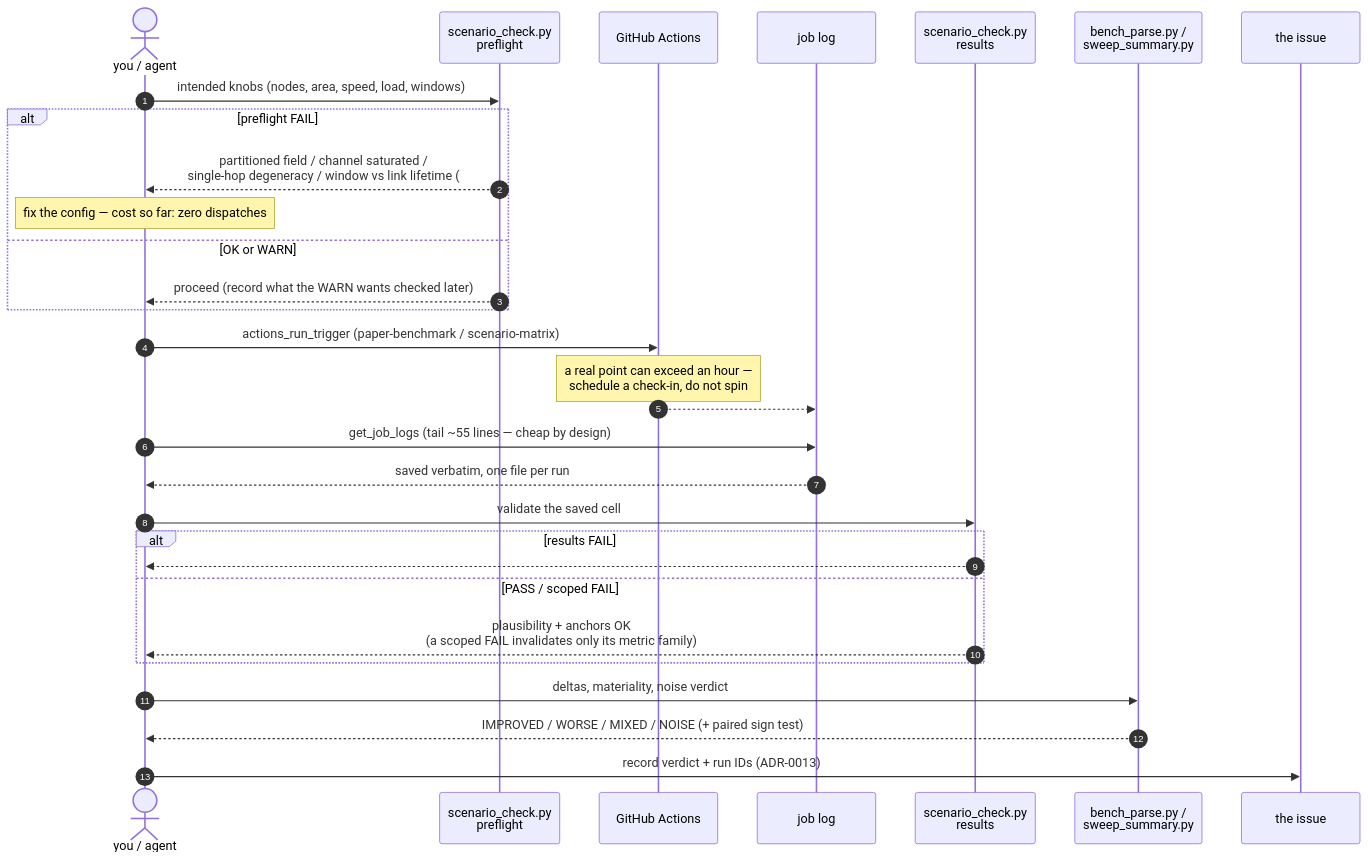
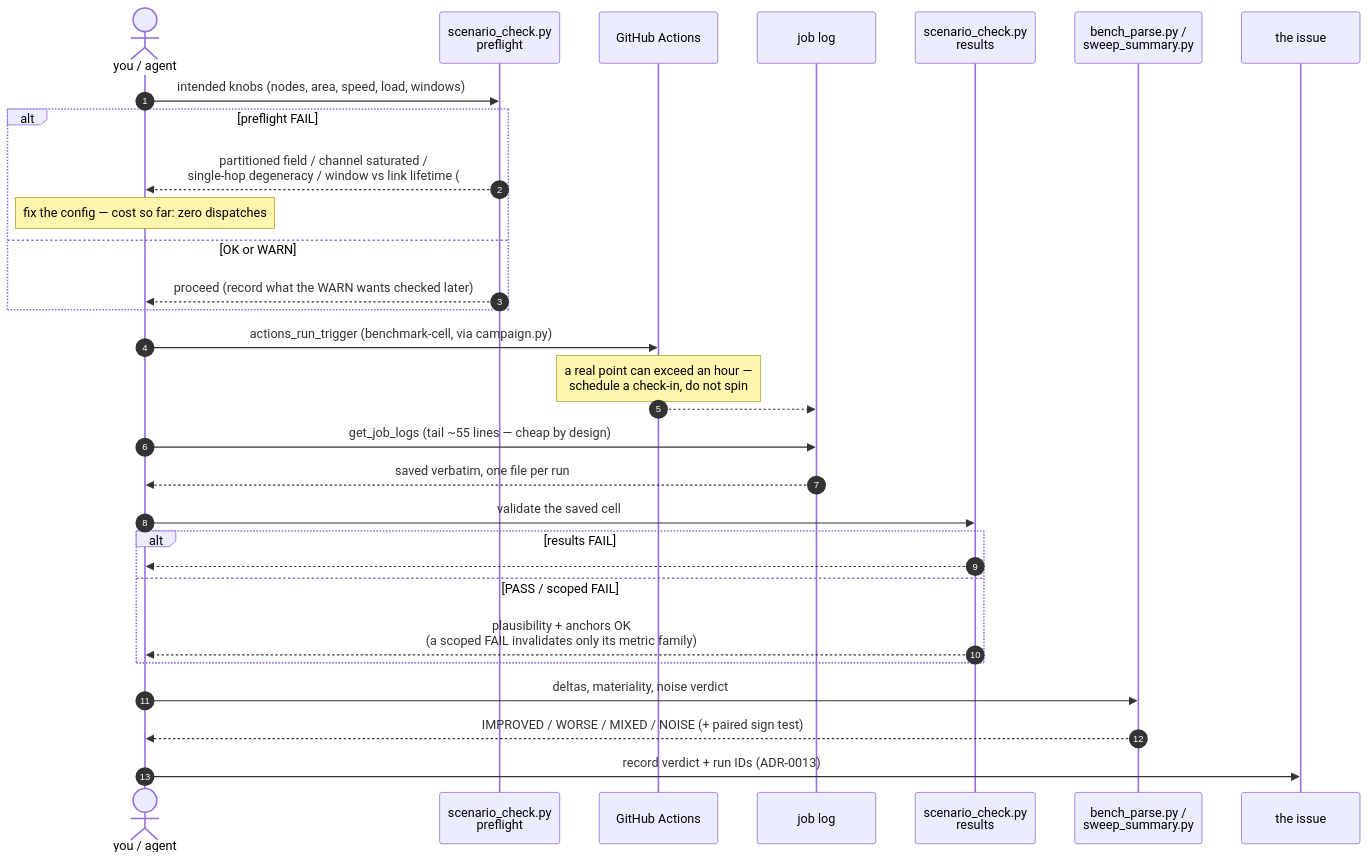
One commit to danieljoppi/AntHocNet changed the first of 2 diagrams in docs/benchmarks/methodology.md. Above: the diagram before and after it, drawn with Mermaid. The commit also changed other lines of this file and 35 other files, not shown here.

````diff
--- a/docs/benchmarks/methodology.md
+++ b/docs/benchmarks/methodology.md
@@ -1333,33 +1327,33 @@
 ```mermaid
 sequenceDiagram
     autonumber
     actor R as you / agent
     participant PF as scenario_check.py<br/>preflight
     participant GH as GitHub Actions
     participant LOG as job log
     participant RC as scenario_check.py<br/>results
     participant BP as bench_parse.py /<br/>sweep_summary.py
     participant IS as the issue
 
     R->>PF: intended knobs (nodes, area, speed, load, windows)
     alt preflight FAIL
         PF-->>R: partitioned field / channel saturated /<br/>single-hop degeneracy / window vs link lifetime (#230)
         Note over R: fix the config — cost so far: zero dispatches
     else OK or WARN
         PF-->>R: proceed (record what the WARN wants checked later)
     end
-    R->>GH: actions_run_trigger (paper-benchmark / scenario-matrix)
+    R->>GH: actions_run_trigger (benchmark-cell, via campaign.py)
     Note over GH: a real point can exceed an hour —<br/>schedule a check-in, do not spin
     GH-->>LOG: ##BENCH## · ##RUN## · # stddev · # diag
     R->>LOG: get_job_logs (tail ~55 lines — cheap by design)
     LOG-->>R: saved verbatim, one file per run
     R->>RC: validate the saved cell
     alt results FAIL
         RC-->>R: #51-class harness regression —<br/>do not compare, publish, or quote
     else PASS / scoped FAIL
         RC-->>R: plausibility + anchors OK<br/>(a scoped FAIL invalidates only its metric family)
     end
     R->>BP: deltas, materiality, noise verdict
     BP-->>R: IMPROVED / WORSE / MIXED / NOISE (+ paired sign test)
     R->>IS: record verdict + run IDs (ADR-0013)
 ```
````
